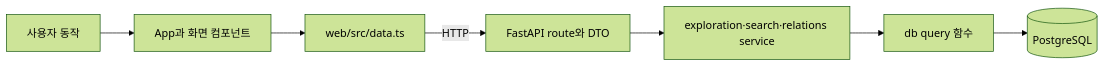
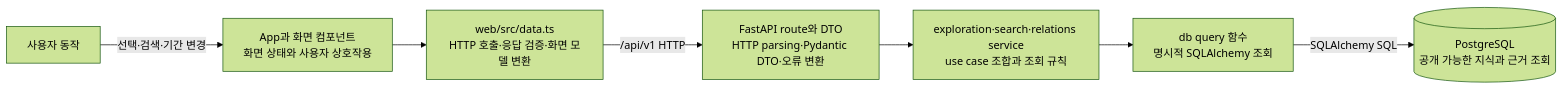
One commit to studylida/ontology-map changed the third of 4 diagrams in docs/architecture/README.md. Above: the diagram before and after it, drawn with Mermaid (forest theme). The commit also changed other lines of this file, not shown here.

Commit message:
docs: C4 다이어그램의 책임과 관계를 명확화

````diff
--- a/docs/architecture/README.md
+++ b/docs/architecture/README.md
@@ -63,11 +63,11 @@
 ```mermaid
 flowchart LR
     User[사용자 동작]
-    App[App과 화면 컴포넌트]
-    Adapter[web/src/data.ts]
-    Route[FastAPI route와 DTO]
-    Service[exploration·search·relations service]
-    Query[db query 함수]
-    DB[(PostgreSQL)]
-    User --> App --> Adapter -->|HTTP| Route --> Service --> Query --> DB
+    App[App과 화면 컴포넌트<br/>화면 상태와 사용자 상호작용]
+    Adapter[web/src/data.ts<br/>HTTP 호출·응답 검증·화면 모델 변환]
+    Route[FastAPI route와 DTO<br/>HTTP parsing·Pydantic DTO·오류 변환]
+    Service[exploration·search·relations service<br/>use case 조합과 조회 규칙]
+    Query[db query 함수<br/>명시적 SQLAlchemy 조회]
+    DB[(PostgreSQL<br/>공개 가능한 지식과 근거 조회)]
+    User -->|선택·검색·기간 변경| App --> Adapter -->|/api/v1 HTTP| Route --> Service --> Query -->|SQLAlchemy SQL| DB
 ```
````
